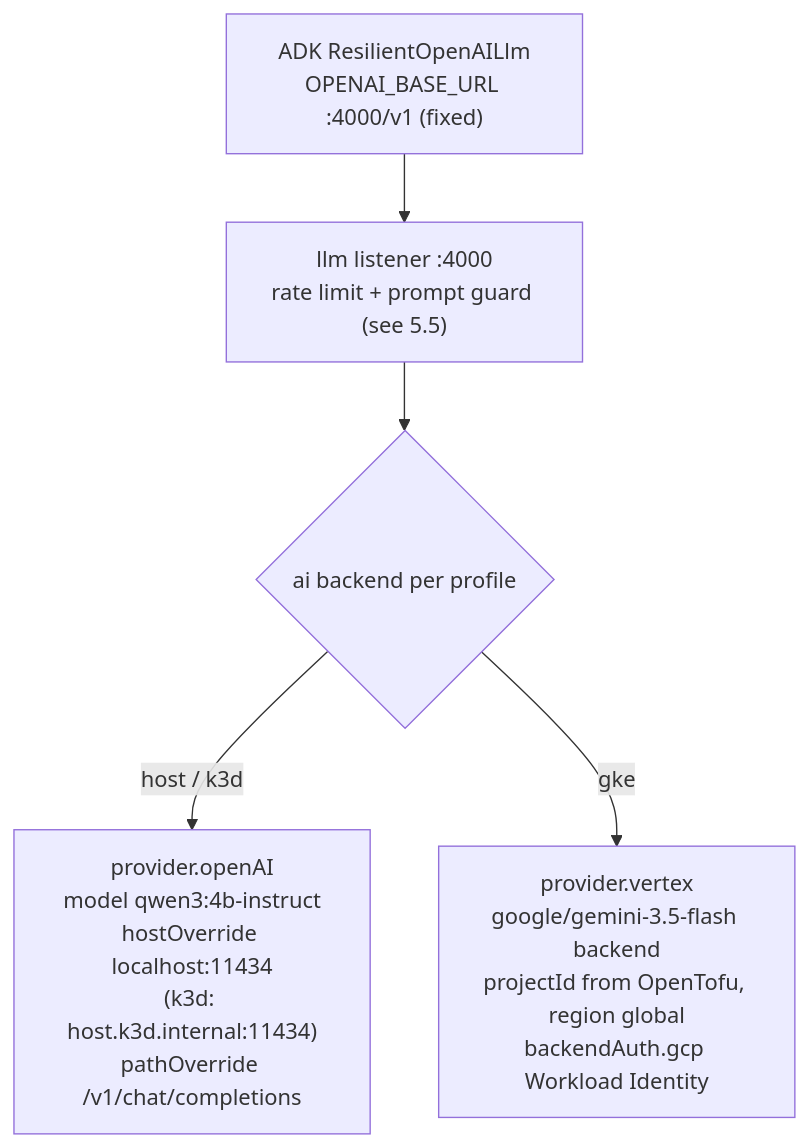
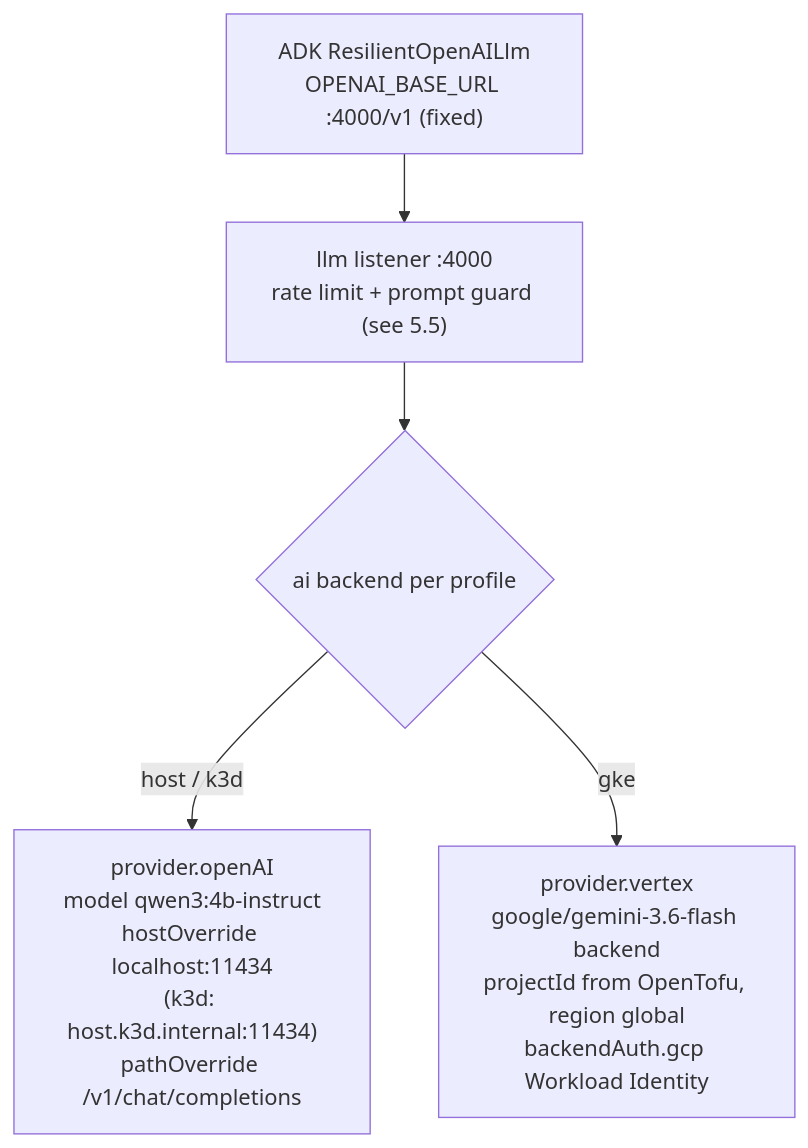
One commit to LuiGGi629/agentops-open-course changed the second of 2 diagrams in docs/5. Gateway/5.4. Model Gateway.md. Above: the diagram before and after it, drawn with Mermaid. The commit also changed other lines of this file and 18 other files, not shown here.

````diff
--- a/docs/5. Gateway/5.4. Model Gateway.md
+++ b/docs/5. Gateway/5.4. Model Gateway.md
@@ -131,7 +131,7 @@
 ```mermaid
 flowchart TD
     APP["ADK ResilientOpenAILlm<br/>OPENAI_BASE_URL :4000/v1 (fixed)"] --> L["llm listener :4000<br/>rate limit + prompt guard (see 5.5)"]
     L --> B{ai backend per profile}
     B -->|host / k3d| O["provider.openAI<br/>model qwen3:4b-instruct<br/>hostOverride localhost:11434<br/>(k3d: host.k3d.internal:11434)<br/>pathOverride /v1/chat/completions"]
-    B -->|gke| V["provider.vertex<br/>google/gemini-3.5-flash backend<br/>projectId from OpenTofu, region global<br/>backendAuth.gcp Workload Identity"]
+    B -->|gke| V["provider.vertex<br/>google/gemini-3.6-flash backend<br/>projectId from OpenTofu, region global<br/>backendAuth.gcp Workload Identity"]
 ```
````
